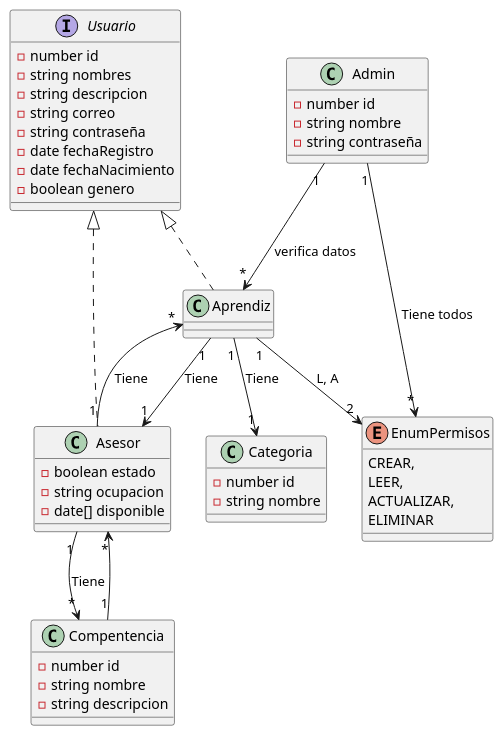
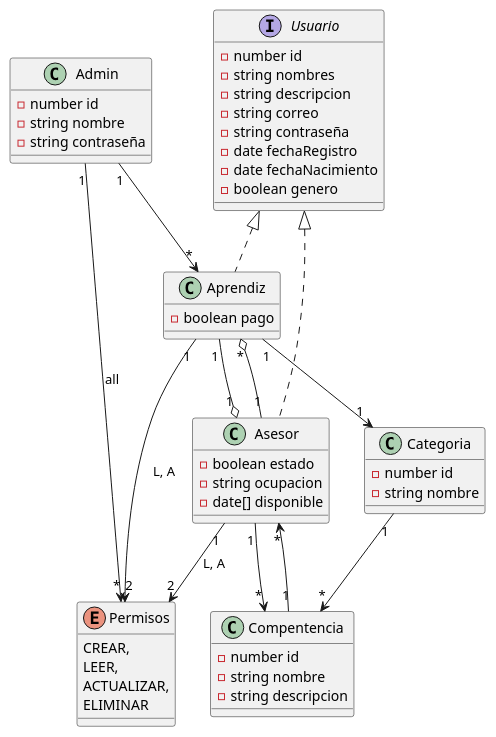
One commit to Marlon-E-Zambrano-Z/AUG changed the diagram in UML/DiagramaClases.plantuml. Above: the diagram before and after it, drawn with PlantUML.

Commit message:
Modificación
EL diagrama se ha modificado en el proceso de la creación del modelo de clases ya que se cometieron algunos errores en la creación

```diff
--- a/UML/DiagramaClases.plantuml
+++ b/UML/DiagramaClases.plantuml
@@ -1,53 +1,57 @@
 @startuml diagramaClases
 
 interface Usuario{
   - number id
   - string nombres
   - string descripcion 
   - string correo
   - string contraseña
   - date fechaRegistro
   - date fechaNacimiento
   - boolean genero
 }
 
-enum EnumPermisos{
+enum Permisos{
   CREAR, 
   LEER, 
   ACTUALIZAR, 
   ELIMINAR
 }
 
 class Admin{
   - number id
   - string nombre
   - string contraseña
 }
-Admin "1" --> "*" EnumPermisos : Tiene todos
-Admin "1" --> "*" Aprendiz : verifica datos
+Admin "1" --> "*" Permisos: all
+Admin "1" --> "*" Aprendiz
 
 class Asesor implements Usuario{
   - boolean estado
   - string ocupacion
   - date[] disponible
 }
-Asesor "1" --> "*" Aprendiz : Tiene
-Asesor "1" --> "*" Compentencia : Tiene
+Asesor "1" --o "*" Aprendiz
+Asesor "1" --> "*" Compentencia 
+Asesor "1" --> "2" Permisos : L, A
 
 class Aprendiz implements Usuario{
+  - boolean pago
 }
-Aprendiz "1" --> "1" Categoria : Tiene 
-Aprendiz "1" --> "1" Asesor : Tiene
-Aprendiz "1" --> "2" EnumPermisos : L, A
+Aprendiz "1" --> "1" Categoria  
+Aprendiz "1" --o "1" Asesor
+Aprendiz "1" --> "2" Permisos : L, A
+
 class Categoria{
   - number id
   - string nombre
 }
+Categoria "1" --> "*" Compentencia
 
 class Compentencia {
   - number id
   - string nombre
   - string descripcion
 }
 Compentencia "1" --> "*" Asesor
 @enduml
```
